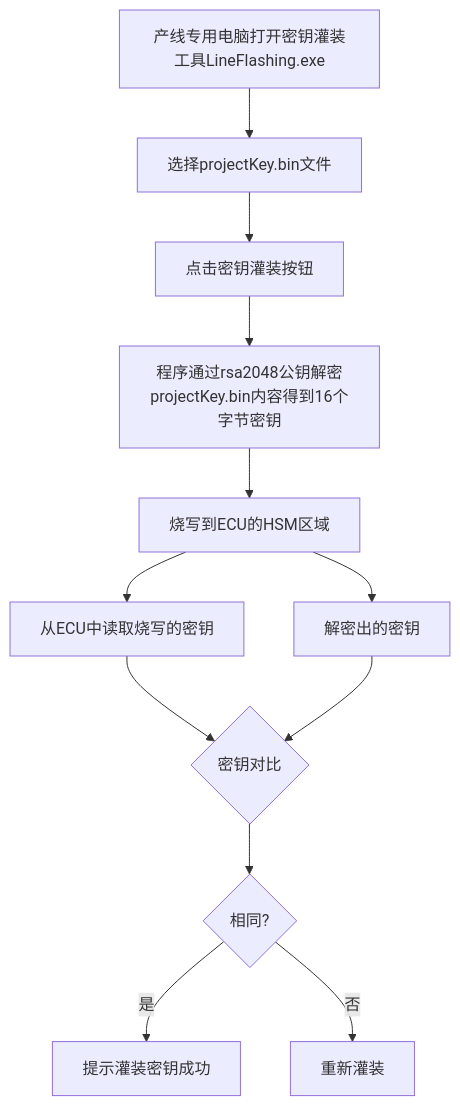
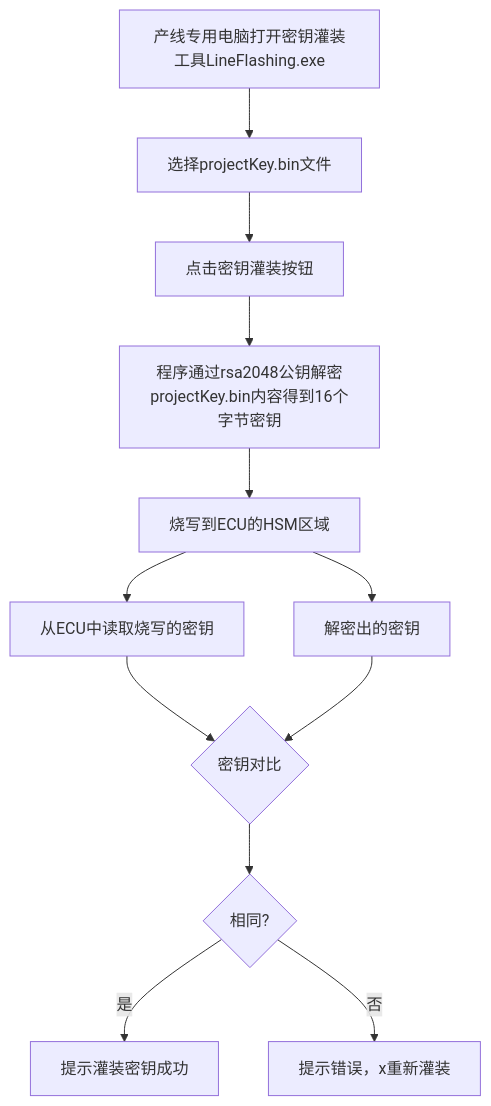
One commit to facebook-cloud/iodraw-files changed the diagram in all/未命名-5.md. Above: the diagram before and after it, drawn with Mermaid.

Commit message:
2026-01-05 17:26:55 update

````diff
--- a/all/未命名-5.md
+++ b/all/未命名-5.md
@@ -1,15 +1,15 @@
 ```mermaid
 graph TD
     A[产线专用电脑打开密钥灌装工具LineFlashing.exe] --> B[选择projectKey.bin文件]
     B --> C[点击密钥灌装按钮]
     C --> E[程序通过rsa2048公钥解密projectKey.bin内容得到16个字节密钥]
     E --> F[烧写到ECU的HSM区域]
     F --> G[从ECU中读取烧写的密钥]
     F --> H[解密出的密钥]
     G --> I{密钥对比}
     H --> I
     I --> J{相同?}
     J -- 是 --> K[提示灌装密钥成功]
-    J -- 否 --> L[重新灌装]
+    J -- 否 --> L[提示错误，x重新灌装]
 
 ```
````
